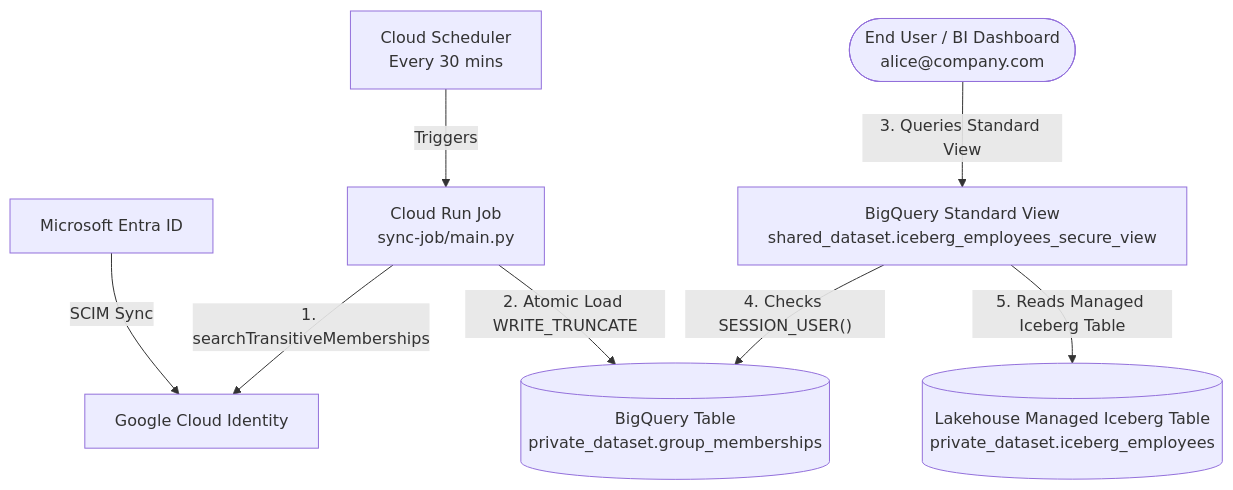
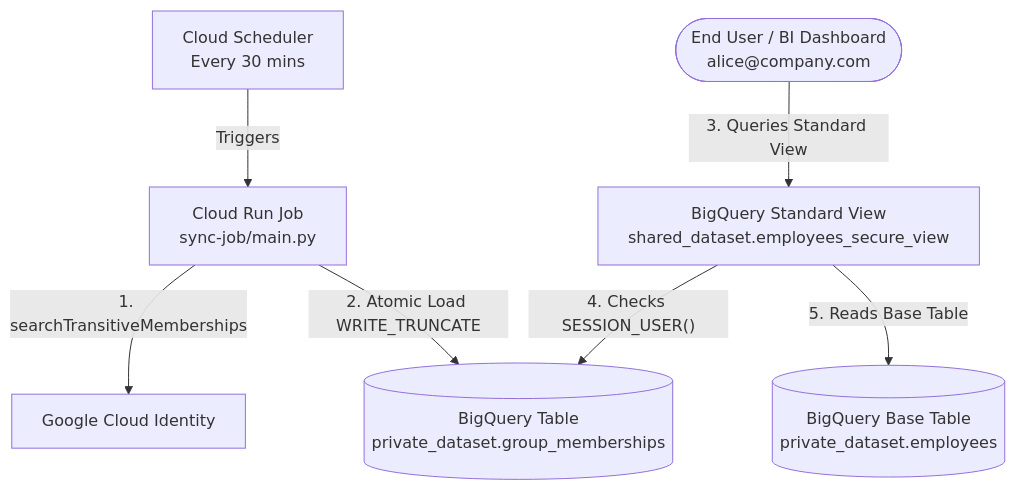
The diagram in README.md (akshya-sharma/bq-iam-group-sync), drawn with Mermaid before and after one commit. The commit also changed other lines of this file and 2 other files, not shown here.

````diff
--- a/README.md
+++ b/README.md
@@ -20,12 +18,11 @@
 ```mermaid
 flowchart TD
-    Entra["Microsoft Entra ID"] -->|"SCIM Sync"| CI["Google Cloud Identity"]
     CS["Cloud Scheduler<br/>Every 30 mins"] -->|"Triggers"| CR["Cloud Run Job<br/>sync-job/main.py"]
-    CR -->|"1. searchTransitiveMemberships"| CI
+    CR -->|"1. searchTransitiveMemberships"| CI["Google Cloud Identity"]
     CR -->|"2. Atomic Load WRITE_TRUNCATE"| Lookup[("BigQuery Table<br/>private_dataset.group_memberships")]
 
-    User(["End User / BI Dashboard<br/>alice@company.com"]) -->|"3. Queries Standard View"| View["BigQuery Standard View<br/>shared_dataset.iceberg_employees_secure_view"]
+    User(["End User / BI Dashboard<br/>alice@company.com"]) -->|"3. Queries Standard View"| View["BigQuery Standard View<br/>shared_dataset.employees_secure_view"]
 
     View -->|"4. Checks SESSION_USER()"| Lookup
-    View -->|"5. Reads Managed Iceberg Table"| Iceberg[("Lakehouse Managed Iceberg Table<br/>private_dataset.iceberg_employees")]
+    View -->|"5. Reads Base Table"| Base[("BigQuery Base Table<br/>private_dataset.employees")]
 ```
````
